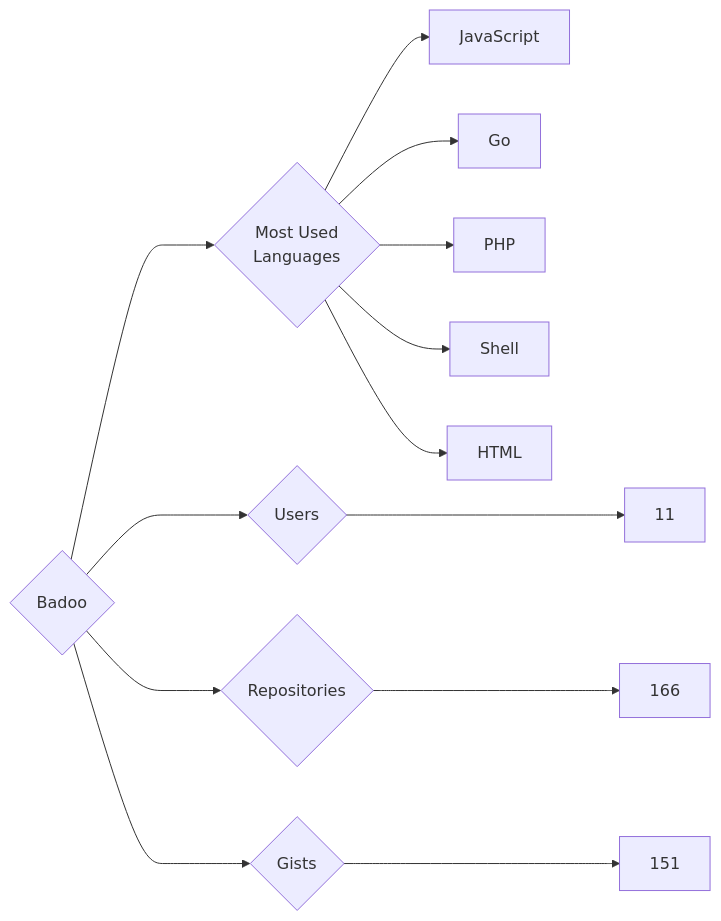
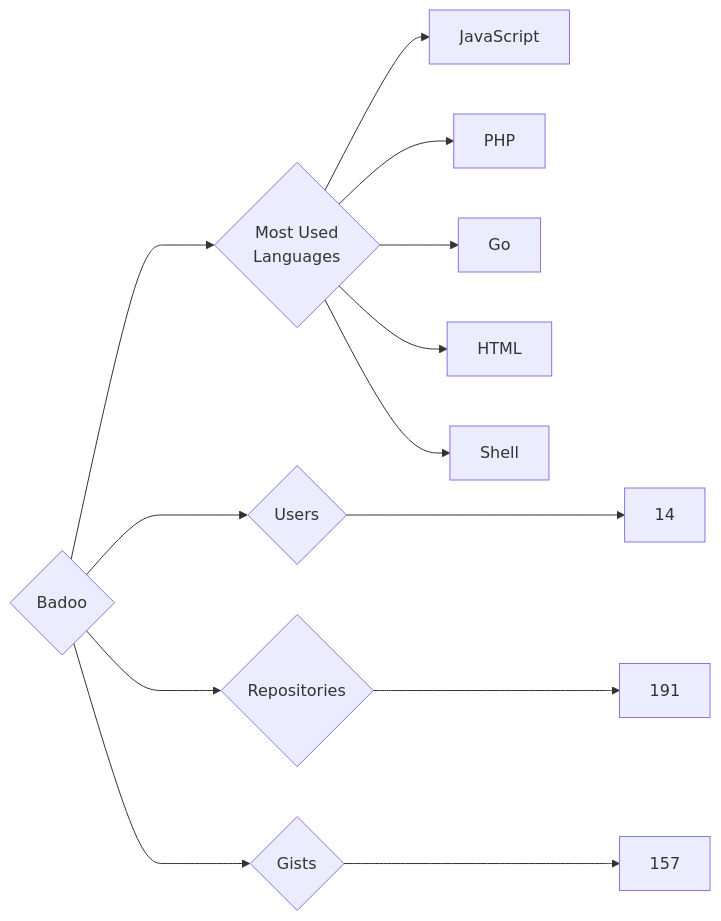
The diagram in targets/Badoo/README.md (trickest/insiders), drawn with Mermaid before and after one commit. The commit also changed 699 other files, not shown here.

````diff
--- a/targets/Badoo/README.md
+++ b/targets/Badoo/README.md
@@ -3,13 +3,13 @@
 ```mermaid
 graph LR
 COMPANY_NAME{Badoo}
-COMPANY_NAME ---> U{Users} ---> UN[11]
-COMPANY_NAME ---> R{Repositories} ---> RN[166]
-COMPANY_NAME ---> G{Gists} ---> GN[151]
+COMPANY_NAME ---> U{Users} ---> UN[14]
+COMPANY_NAME ---> R{Repositories} ---> RN[191]
+COMPANY_NAME ---> G{Gists} ---> GN[157]
 COMPANY_NAME ---> ML{Most Used<br>Languages}
 ML --> JavaScript[JavaScript]
+ML --> PHP[PHP]
 ML --> Go[Go]
-ML --> PHP[PHP]
+ML --> HTML[HTML]
 ML --> Shell[Shell]
-ML --> HTML[HTML]
 ```
````
